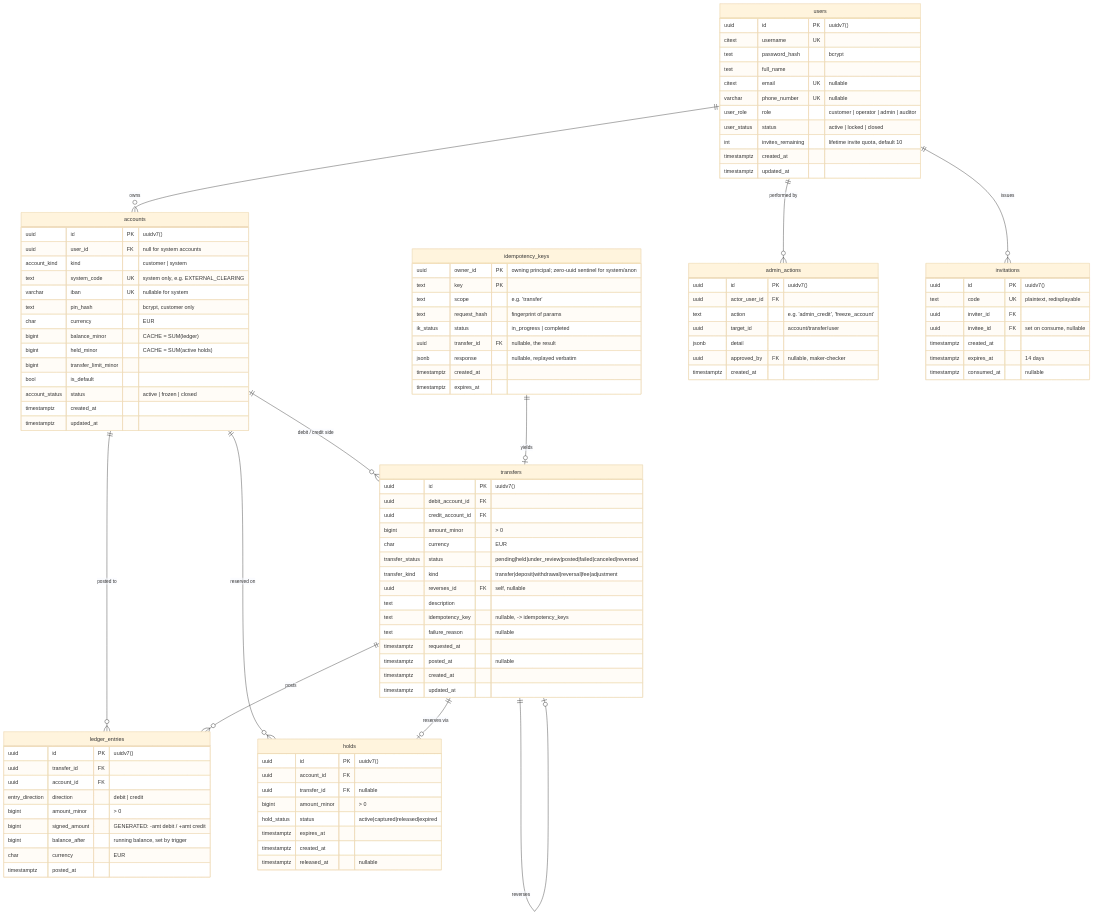
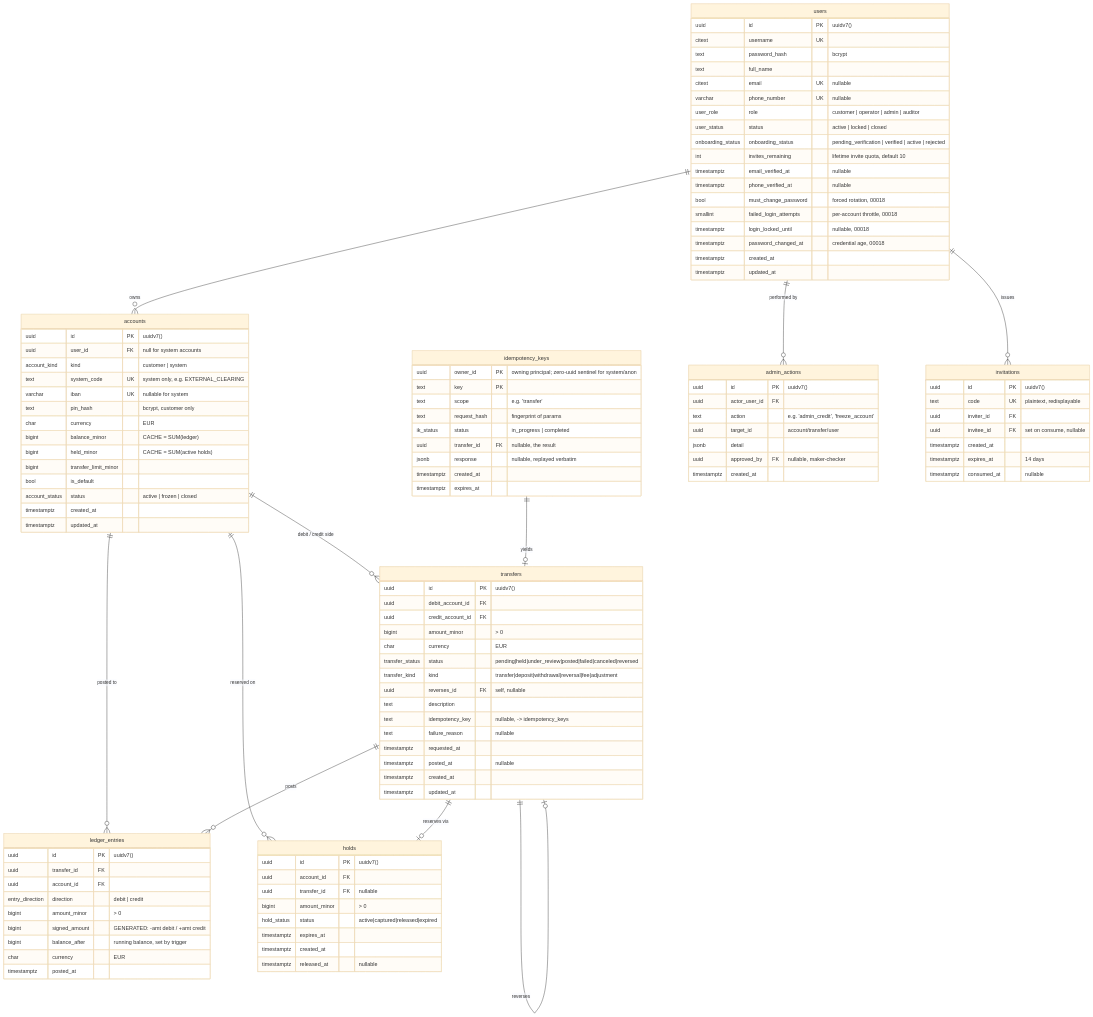
The diagram in docs/02-data-model.md (minhtt159/bank0), drawn with Mermaid (base theme) before and after one commit. The commit also changed other lines of this file and 33 other files, not shown here.

```diff
--- a/docs/02-data-model.md
+++ b/docs/02-data-model.md
@@ -47,7 +53,14 @@
         varchar phone_number UK "nullable"
         user_role role "customer | operator | admin | auditor"
         user_status status "active | locked | closed"
+        onboarding_status onboarding_status "pending_verification | verified | active | rejected"
         int invites_remaining "lifetime invite quota, default 10"
+        timestamptz email_verified_at "nullable"
+        timestamptz phone_verified_at "nullable"
+        bool must_change_password "forced rotation, 00018"
+        smallint failed_login_attempts "per-account throttle, 00018"
+        timestamptz login_locked_until "nullable, 00018"
+        timestamptz password_changed_at "credential age, 00018"
         timestamptz created_at
         timestamptz updated_at
     }
```
